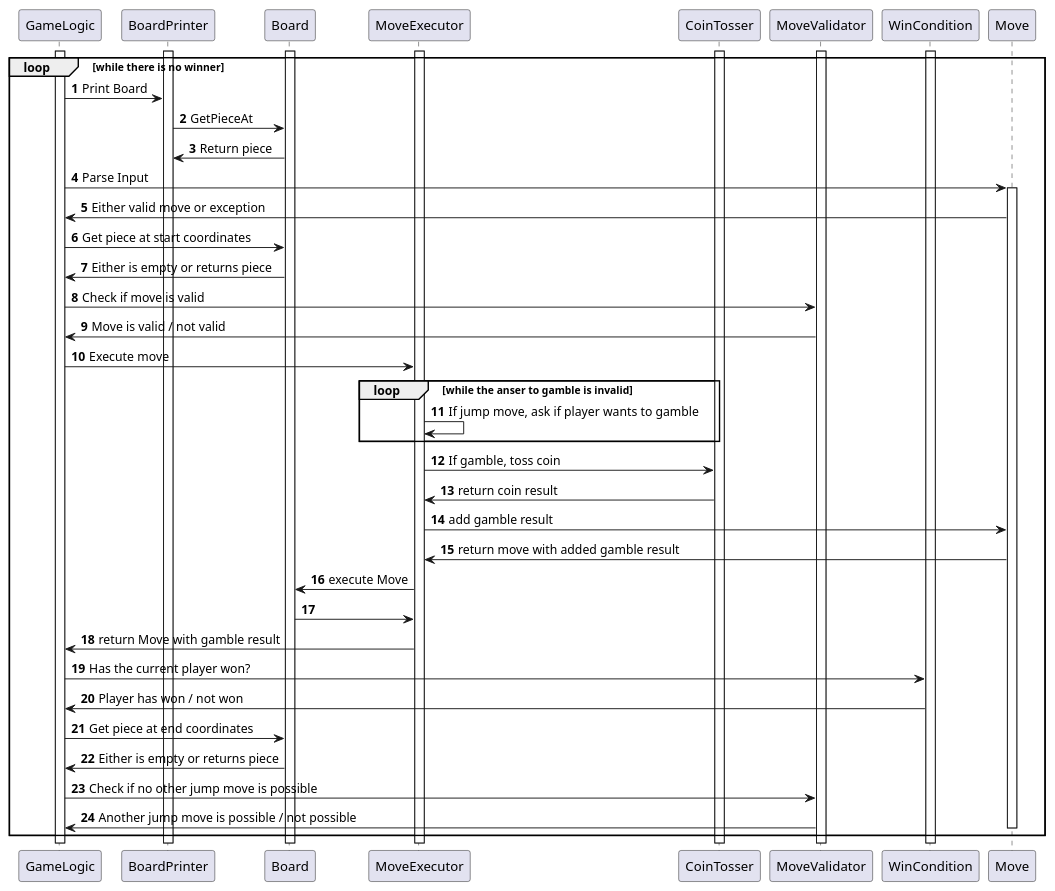
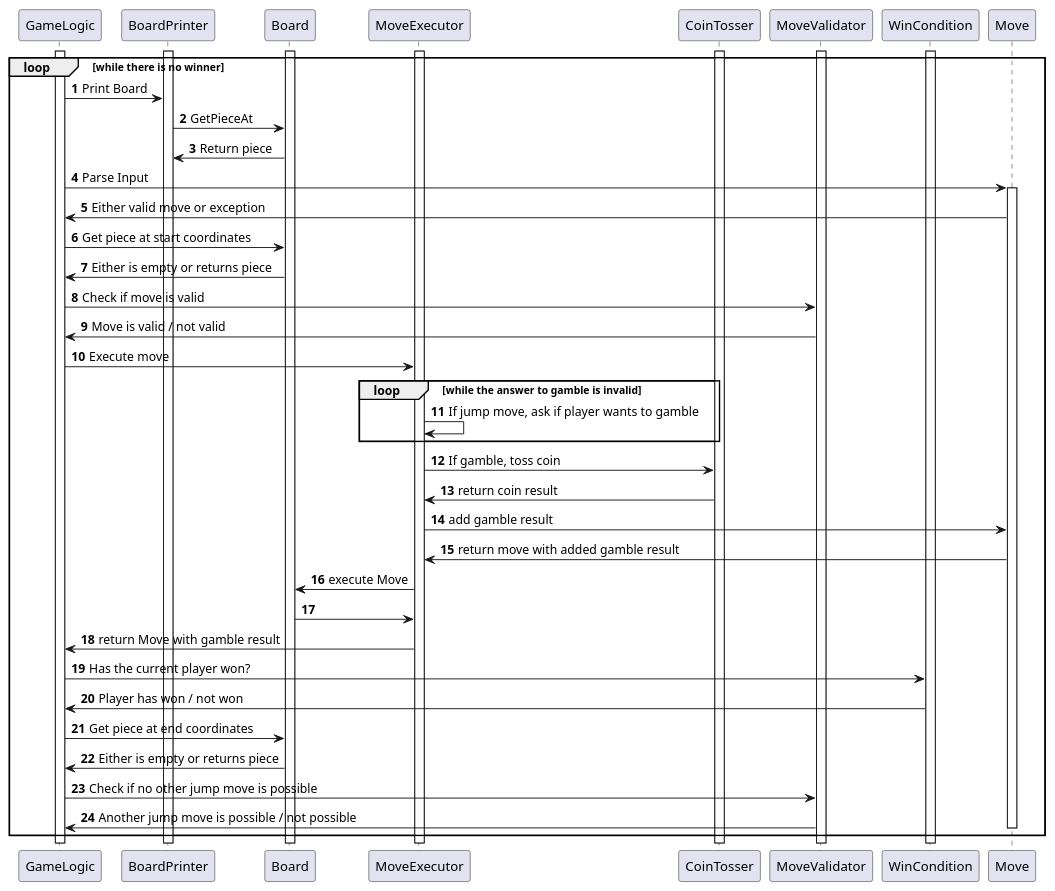
Before and after one commit to soco21/soco21: the diagram in assignment-2/gamble-sequence.puml, drawn with PlantUML.

```diff
--- a/assignment-2/gamble-sequence.puml
+++ b/assignment-2/gamble-sequence.puml
@@ -1,42 +1,42 @@
 @startuml
 
 autonumber
 activate GameLogic
 activate BoardPrinter
 activate Board
 activate MoveExecutor
 activate CoinTosser
 activate MoveValidator
 activate WinCondition
 loop while there is no winner
     GameLogic -> BoardPrinter: Print Board
     BoardPrinter -> Board: GetPieceAt
     Board -> BoardPrinter: Return piece
     GameLogic -> Move: Parse Input
     activate Move
     GameLogic <- Move: Either valid move or exception
     GameLogic -> Board: Get piece at start coordinates
     Board -> GameLogic: Either is empty or returns piece
     GameLogic -> MoveValidator: Check if move is valid
     MoveValidator -> GameLogic: Move is valid / not valid
     GameLogic -> MoveExecutor: Execute move
-    loop while the anser to gamble is invalid
+    loop while the answer to gamble is invalid
         MoveExecutor -> MoveExecutor: If jump move, ask if player wants to gamble
     end
     MoveExecutor -> CoinTosser: If gamble, toss coin
     CoinTosser -> MoveExecutor: return coin result
     MoveExecutor -> Move: add gamble result
     Move -> MoveExecutor: return move with added gamble result
     MoveExecutor -> Board: execute Move
     Board -> MoveExecutor
     MoveExecutor -> GameLogic: return Move with gamble result
     GameLogic -> WinCondition: Has the current player won?
     WinCondition -> GameLogic: Player has won / not won
     GameLogic -> Board: Get piece at end coordinates
     Board -> GameLogic: Either is empty or returns piece
     GameLogic -> MoveValidator: Check if no other jump move is possible
     MoveValidator -> GameLogic: Another jump move is possible / not possible
     deactivate Move
 end
 
 @enduml
```
